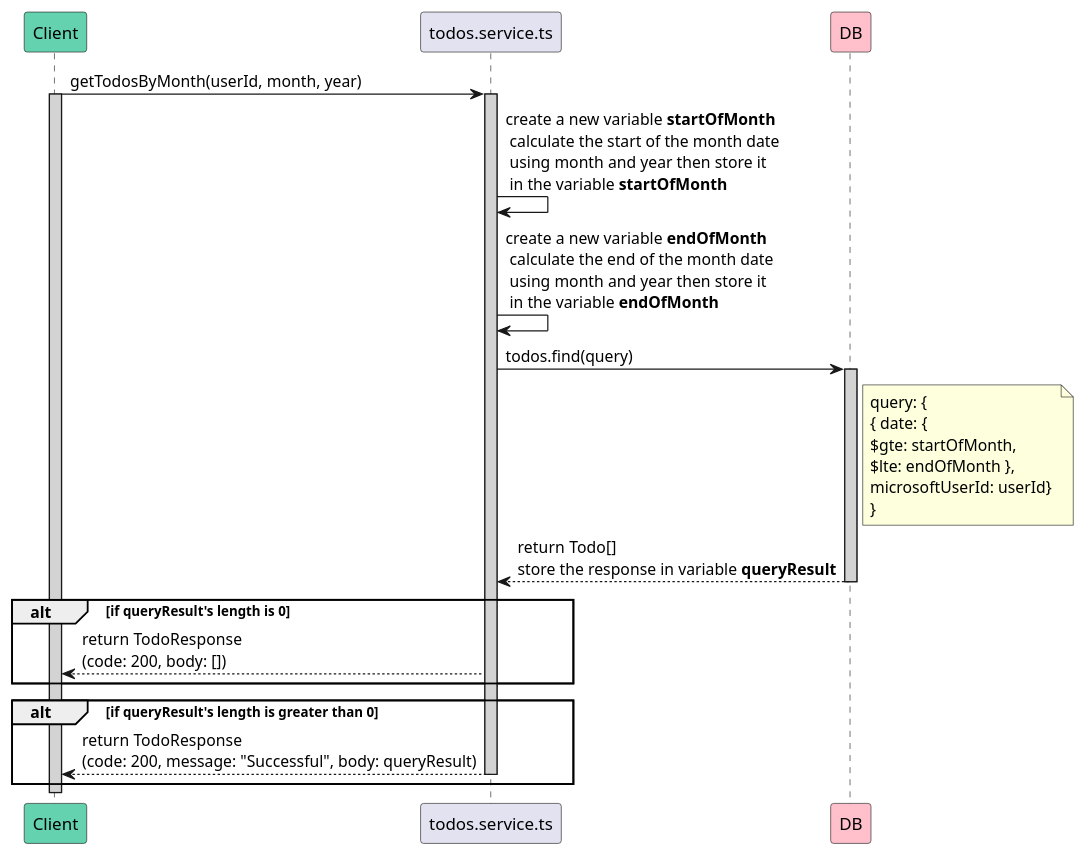
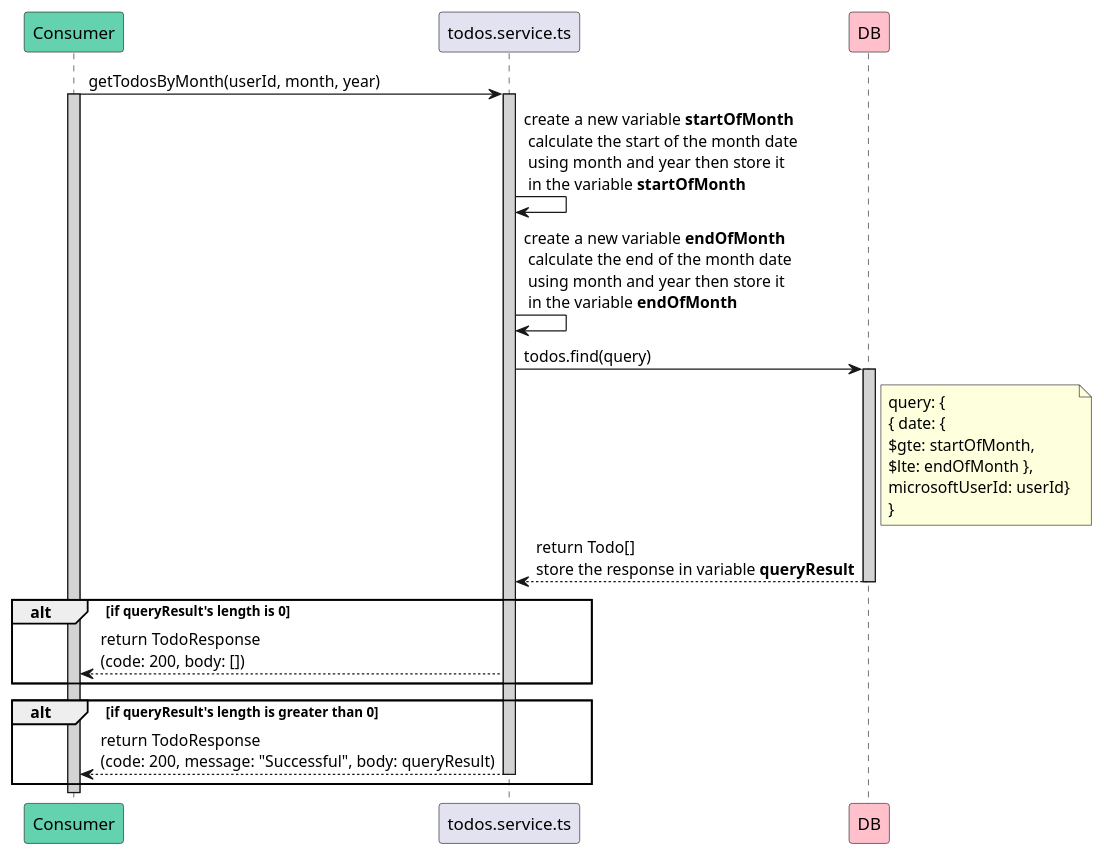
The diagram in backend/services_design/todo_service/sequence_diagram/get_todos_by_month.sequence.puml (avasoft-mobility/workday-design), drawn with PlantUML before and after one commit. The commit also changed 25 other files, not shown here.

Commit message:
Add consumer instead of Client

```diff
--- a/backend/services_design/todo_service/sequence_diagram/get_todos_by_month.sequence.puml
+++ b/backend/services_design/todo_service/sequence_diagram/get_todos_by_month.sequence.puml
@@ -1,29 +1,29 @@
 @startuml getTodosByMonth
-participant Client #64D1AF
+participant Consumer #64D1AF
 participant todos.service.ts
 participant DB #FFC0CB
 
-Client -> todos.service.ts : getTodosByMonth(userId, month, year)
-activate Client #D3D3D3
+Consumer -> todos.service.ts : getTodosByMonth(userId, month, year)
+activate Consumer #D3D3D3
 activate todos.service.ts #D3D3D3
 
 todos.service.ts -> todos.service.ts : create a new variable **startOfMonth** \n calculate the start of the month date \n using month and year then store it \n in the variable **startOfMonth**
 todos.service.ts -> todos.service.ts : create a new variable **endOfMonth** \n calculate the end of the month date \n using month and year then store it \n in the variable **endOfMonth**
     
     todos.service.ts -> DB : todos.find(query)
     activate DB #D3D3D3
     note right of DB: query: { \n{ date: { \n$gte: startOfMonth, \n$lte: endOfMonth }, \nmicrosoftUserId: userId} \n}
     DB --> todos.service.ts: return Todo[] \nstore the response in variable **queryResult**
     deactivate 
     
     alt if queryResult's length is 0
-        todos.service.ts --> Client : return TodoResponse\n(code: 200, body: [])
+        todos.service.ts --> Consumer : return TodoResponse\n(code: 200, body: [])
     end
 
     alt if queryResult's length is greater than 0
-        todos.service.ts --> Client : return TodoResponse\n(code: 200, message: "Successful", body: queryResult)
+        todos.service.ts --> Consumer : return TodoResponse\n(code: 200, message: "Successful", body: queryResult)
         deactivate todos.service.ts
     end
 
-deactivate Client
+deactivate Consumer
 @enduml
```
